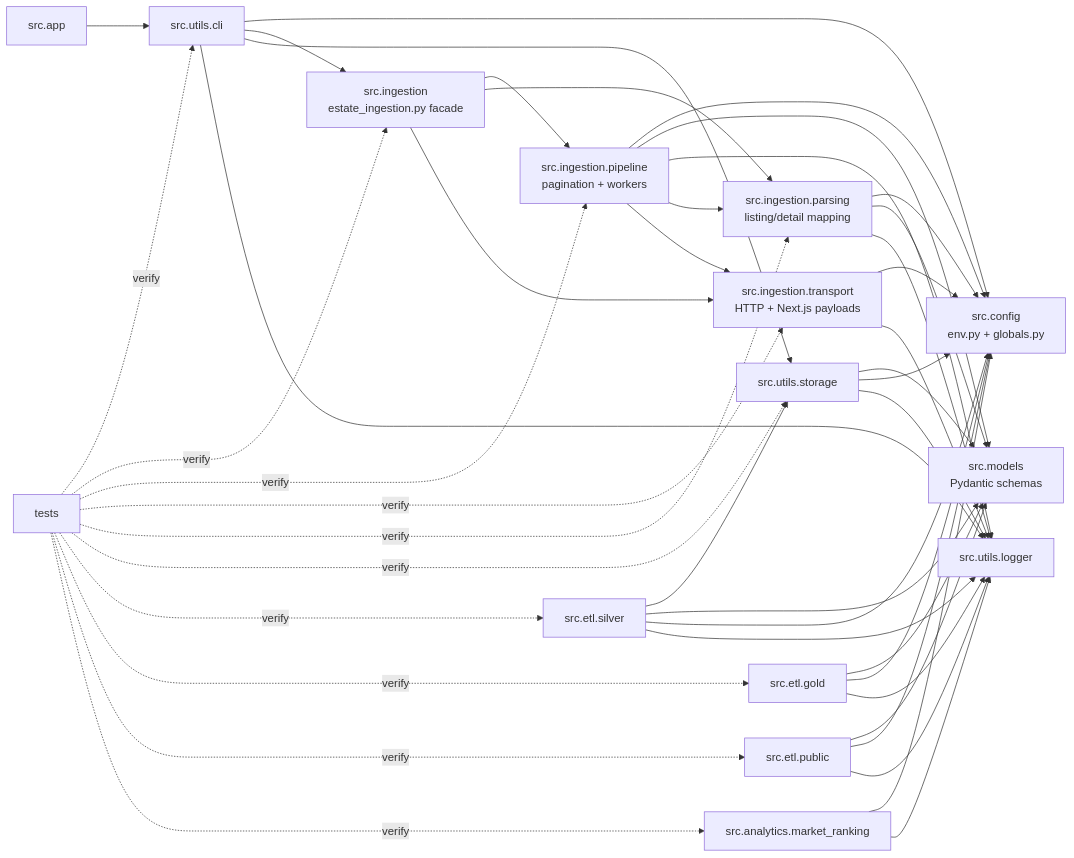
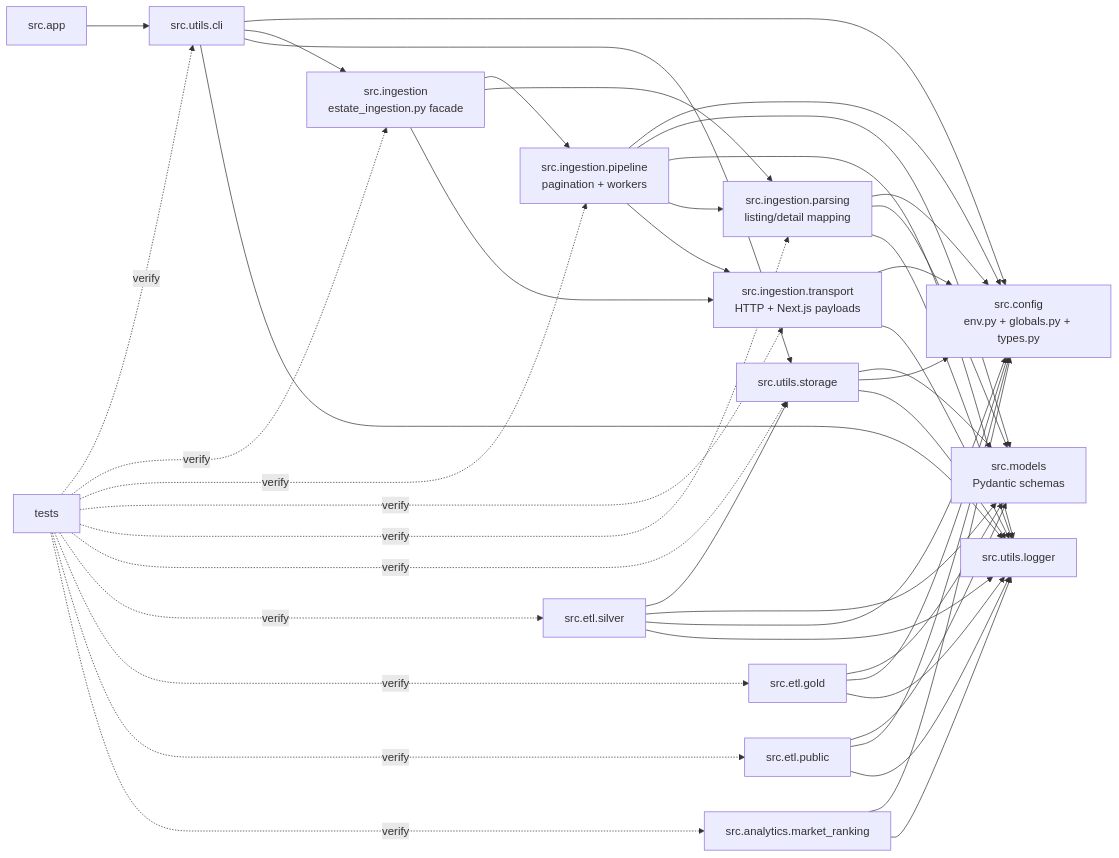
One commit to bi3lu/polish-real-estate-price-aggregates changed the diagram in docs/component-diagram.md. Above: the diagram before and after it, drawn with Mermaid. The commit also changed other lines of this file and 18 other files, not shown here.

````diff
--- a/docs/component-diagram.md
+++ b/docs/component-diagram.md
@@ -3,72 +3,72 @@
 ```mermaid
 flowchart LR
     app[src.app]
     cli[src.utils.cli]
-    config[src.config<br/>env.py + globals.py]
+    config[src.config<br/>env.py + globals.py + types.py]
     ingestion_facade[src.ingestion<br/>estate_ingestion.py facade]
     ingestion_pipeline[src.ingestion.pipeline<br/>pagination + workers]
     ingestion_transport[src.ingestion.transport<br/>HTTP + Next.js payloads]
     ingestion_parsing[src.ingestion.parsing<br/>listing/detail mapping]
     storage[src.utils.storage]
     logger[src.utils.logger]
     models[src.models<br/>Pydantic schemas]
     silver[src.etl.silver]
     gold[src.etl.gold]
     public[src.etl.public]
     analytics[src.analytics.market_ranking]
     tests[tests]
 
     app --> cli
     cli --> config
     cli --> ingestion_facade
     cli --> storage
     cli --> logger
 
     ingestion_facade --> ingestion_pipeline
     ingestion_facade --> ingestion_parsing
     ingestion_facade --> ingestion_transport
 
     ingestion_pipeline --> config
     ingestion_pipeline --> models
     ingestion_pipeline --> logger
     ingestion_pipeline --> ingestion_parsing
     ingestion_pipeline --> ingestion_transport
 
     ingestion_transport --> config
     ingestion_transport --> logger
 
     ingestion_parsing --> config
     ingestion_parsing --> models
     ingestion_parsing --> logger
 
     storage --> models
     storage --> config
     storage --> logger
 
     silver --> storage
     silver --> models
     silver --> config
     silver --> logger
 
     gold --> models
     gold --> config
     gold --> logger
 
     public --> models
     public --> config
     public --> logger
 
     analytics --> config
     analytics --> logger
 
     tests -. verify .-> cli
     tests -. verify .-> ingestion_facade
     tests -. verify .-> ingestion_pipeline
     tests -. verify .-> ingestion_transport
     tests -. verify .-> ingestion_parsing
     tests -. verify .-> storage
     tests -. verify .-> silver
     tests -. verify .-> gold
     tests -. verify .-> public
     tests -. verify .-> analytics
 ```
````
